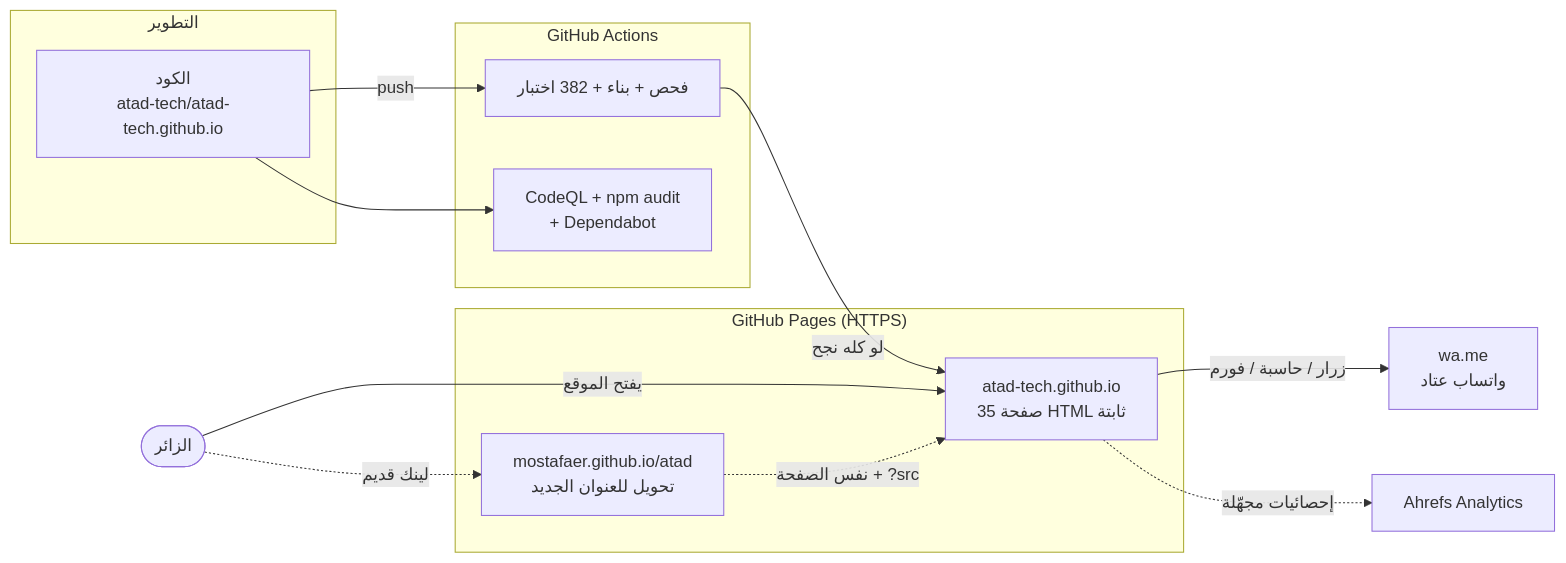
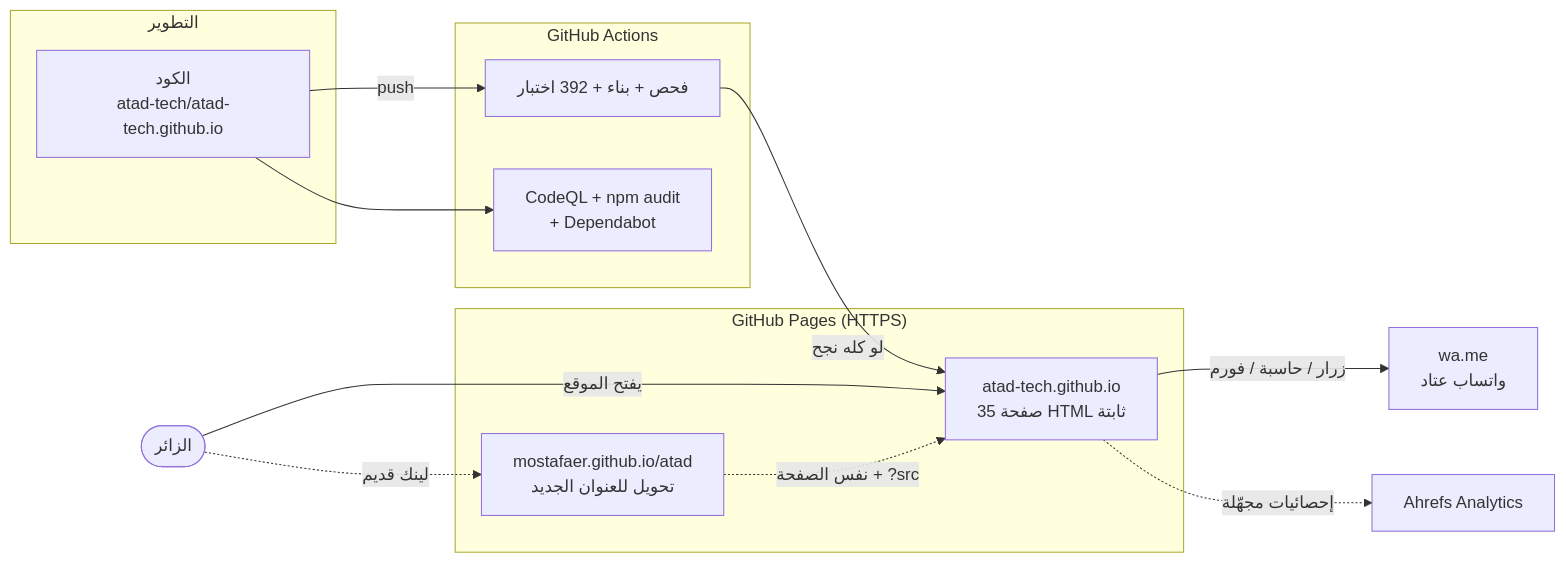
Before and after one commit to atad-tech/atad-tech.github.io: the first of 5 diagrams in docs/ARCHITECTURE.md, drawn with Mermaid. The commit also changed 15 other files, not shown here.

````diff
--- a/docs/ARCHITECTURE.md
+++ b/docs/ARCHITECTURE.md
@@ -7,25 +7,25 @@
 ```mermaid
 flowchart LR
     subgraph Dev["التطوير"]
         Code["الكود<br/>atad-tech/atad-tech.github.io"]
     end
     subgraph CI["GitHub Actions"]
-        Test["فحص + بناء + 382 اختبار"]
+        Test["فحص + بناء + 392 اختبار"]
         Scan["CodeQL + npm audit<br/>+ Dependabot"]
     end
     subgraph Host["GitHub Pages (HTTPS)"]
         Site["atad-tech.github.io<br/>35 صفحة HTML ثابتة"]
         Old["mostafaer.github.io/atad<br/>تحويل للعنوان الجديد"]
     end
     Visitor(["الزائر"])
     WA["wa.me<br/>واتساب عتاد"]
     Ahrefs["Ahrefs Analytics"]
 
     Code -->|push| Test
     Code --> Scan
     Test -->|"لو كله نجح"| Site
     Visitor -->|"يفتح الموقع"| Site
     Visitor -.->|"لينك قديم"| Old -.->|"نفس الصفحة + ?src"| Site
     Site -->|"زرار / حاسبة / فورم"| WA
     Site -.->|"إحصائيات مجهّلة"| Ahrefs
 ```
````
